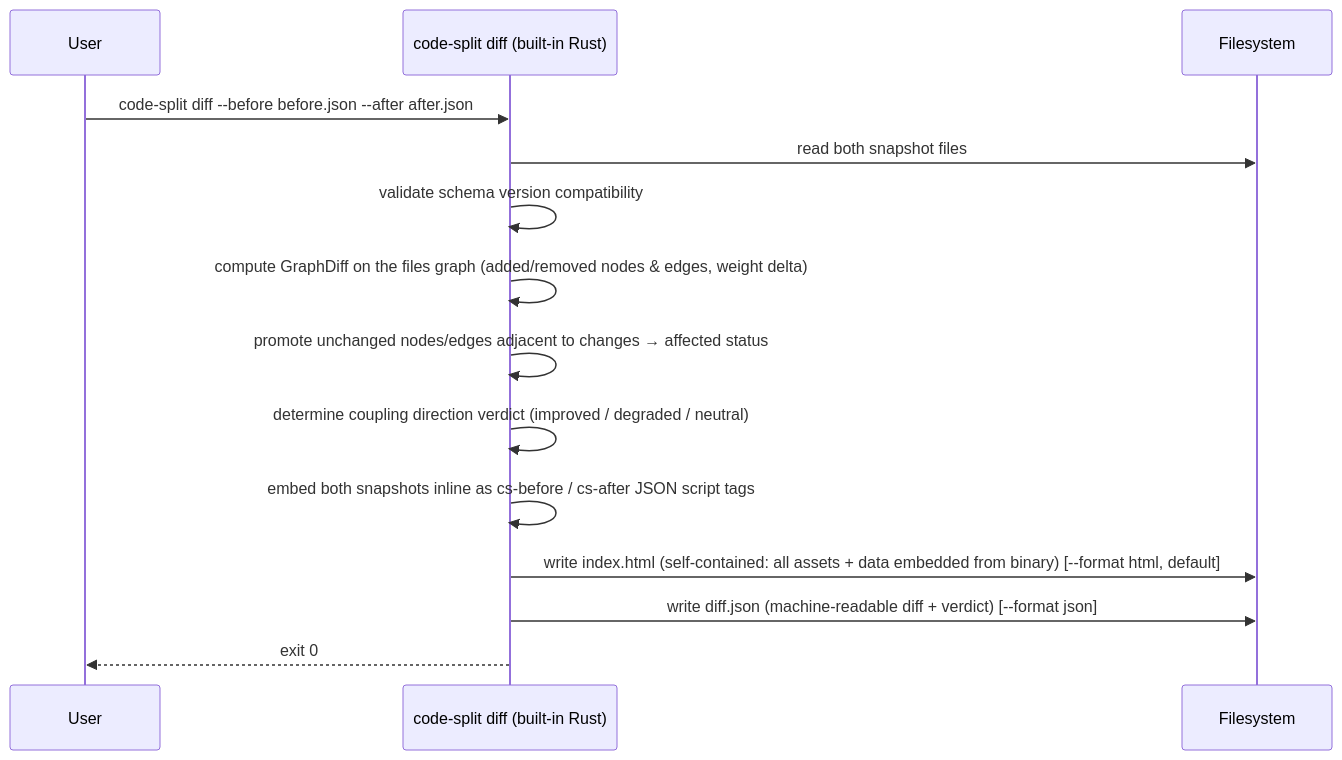
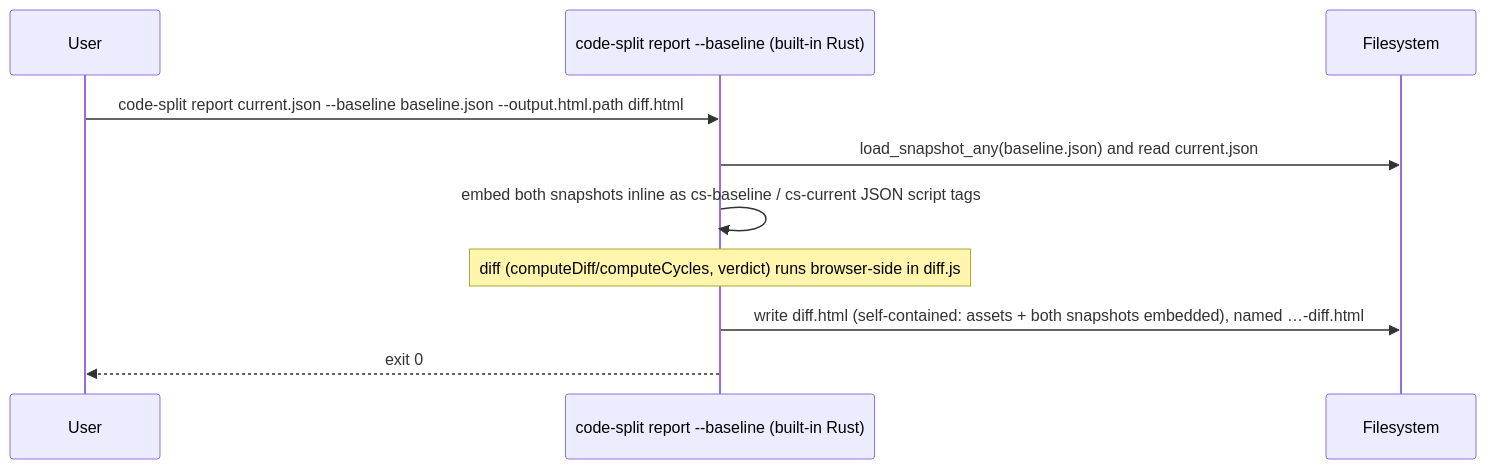
Before and after one commit to code-ranker-com/code-ranker: the fourth of 5 diagrams in docs/DESIGN.md, drawn with Mermaid. The commit also changed other lines of this file and 17 other files, not shown here.

First line of the commit message:
feat(cli)!: redesign to two commands with baseline + output.<fmt> flags

````diff
--- a/docs/DESIGN.md
+++ b/docs/DESIGN.md
@@ -704,17 +721,13 @@
 ```mermaid
 sequenceDiagram
     participant User
-    participant Diff as code-split diff (built-in Rust)
+    participant Report as code-split report --baseline (built-in Rust)
     participant FS as Filesystem
 
-    User ->> Diff: code-split diff --before before.json --after after.json
-    Diff ->> FS: read both snapshot files
-    Diff ->> Diff: validate schema version compatibility
-    Diff ->> Diff: compute GraphDiff on the files graph (added/removed nodes & edges, weight delta)
-    Diff ->> Diff: promote unchanged nodes/edges adjacent to changes → affected status
-    Diff ->> Diff: determine coupling direction verdict (improved / degraded / neutral)
-    Diff ->> Diff: embed both snapshots inline as cs-before / cs-after JSON script tags
-    Diff ->> FS: write index.html (self-contained: all assets + data embedded from binary) [--format html, default]
-    Diff ->> FS: write diff.json (machine-readable diff + verdict) [--format json]
-    Diff -->> User: exit 0
+    User ->> Report: code-split report current.json --baseline baseline.json --output.html.path diff.html
+    Report ->> FS: load_snapshot_any(baseline.json) and read current.json
+    Report ->> Report: embed both snapshots inline as cs-baseline / cs-current JSON script tags
+    Note over Report: diff (computeDiff/computeCycles, verdict) runs browser-side in diff.js
+    Report ->> FS: write diff.html (self-contained: assets + both snapshots embedded), named …-diff.html
+    Report -->> User: exit 0
 ```
````
